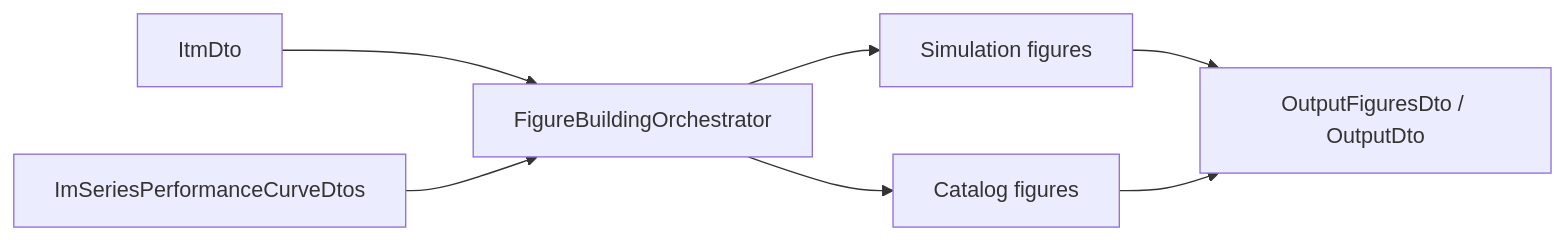
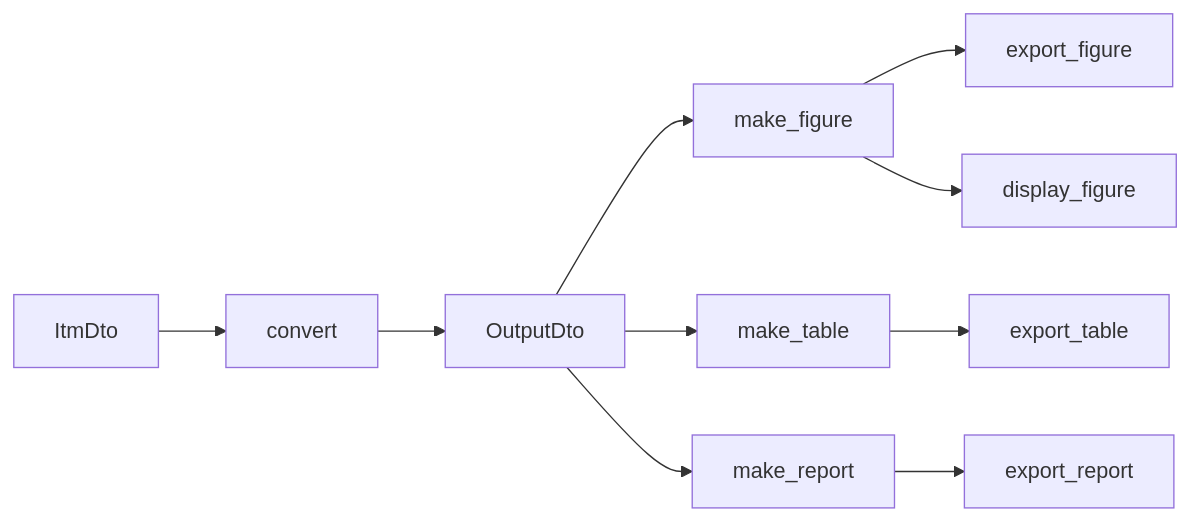
One commit to RenjiKujo/im-cable-system changed the diagram in docs/architecture/algorithm/output/1_data_flow.md. Above: the diagram before and after it, drawn with Mermaid. The commit also changed other lines of this file and 20 other files, not shown here.

First line of the commit message:
docs: architecture の正本範囲を明示し、docs 整合チェックを足す

````diff
--- a/docs/architecture/algorithm/output/1_data_flow.md
+++ b/docs/architecture/algorithm/output/1_data_flow.md
@@ -9,16 +14,23 @@
 ```mermaid
 flowchart LR
   itm[ItmDto]
-  catalog[ImSeriesPerformanceCurveDtos]
-  orchestrator[FigureBuildingOrchestrator]
-  sim[Simulation figures]
-  cat[Catalog figures]
-  output[OutputFiguresDto / OutputDto]
+  convert[convert]
+  outputDto[OutputDto]
+  figure[make_figure]
+  table[make_table]
+  report[make_report]
+  expFig[export_figure]
+  dspFig[display_figure]
+  expTbl[export_table]
+  expRep[export_report]
 
-  itm --> orchestrator
-  catalog --> orchestrator
-  orchestrator --> sim
-  orchestrator --> cat
-  sim --> output
-  cat --> output
+  itm --> convert
+  convert --> outputDto
+  outputDto --> figure
+  outputDto --> table
+  outputDto --> report
+  figure --> expFig
+  figure --> dspFig
+  table --> expTbl
+  report --> expRep
 ```
````
